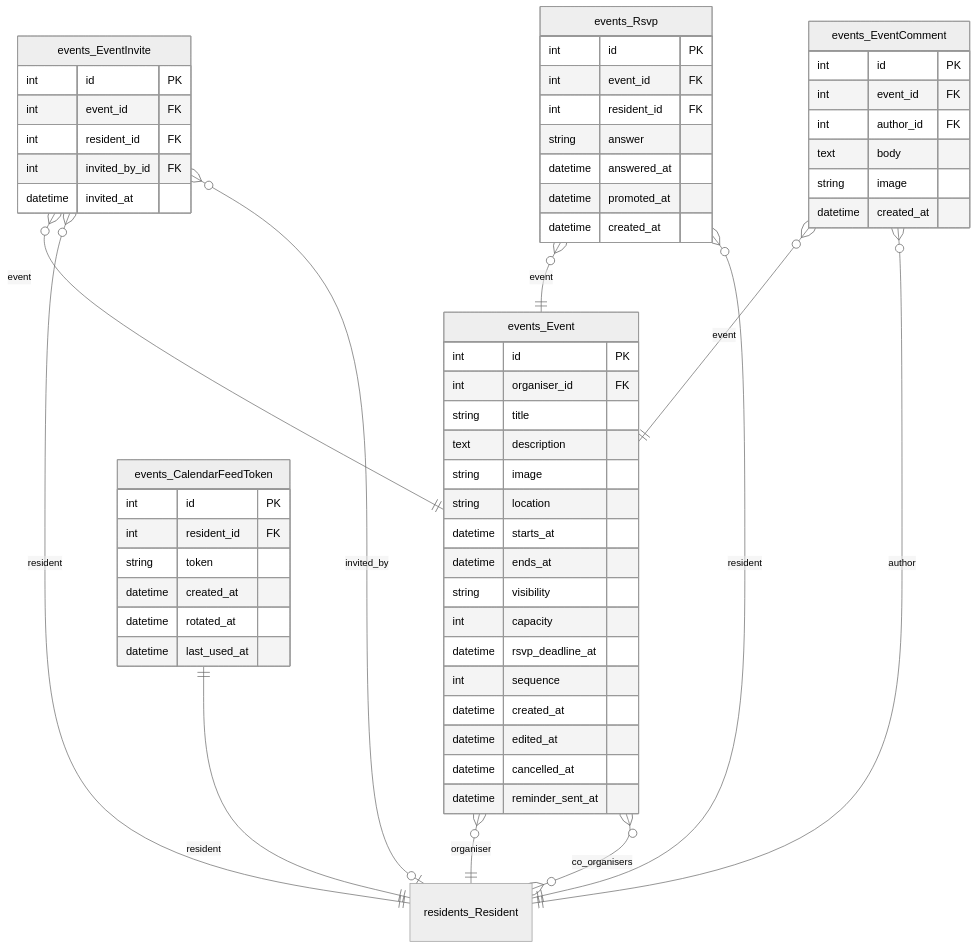
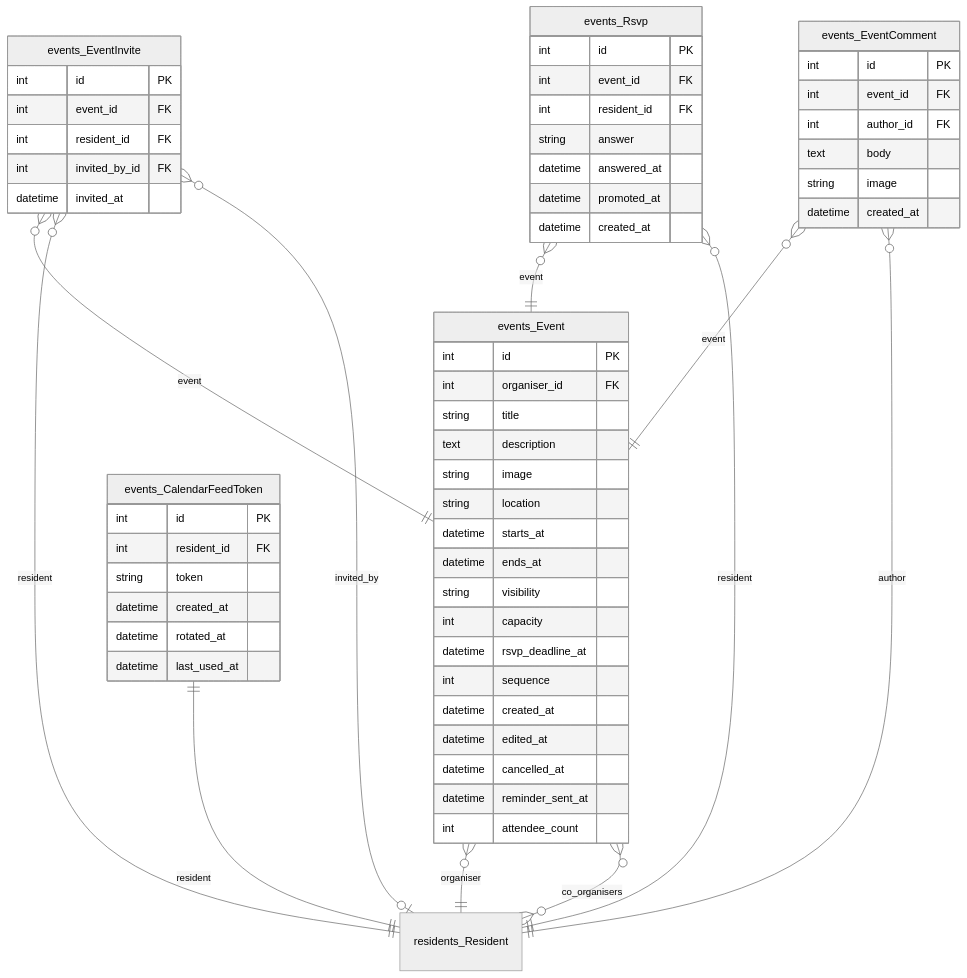
Before and after one commit to GAHK-org/gahk_intern: the eighth of 18 diagrams in docs/erd.md, drawn with Mermaid (neutral theme). The commit also changed other lines of this file and 19 other files, not shown here.

````diff
--- a/docs/erd.md
+++ b/docs/erd.md
@@ -1532,70 +1533,71 @@
 ```mermaid
 erDiagram
     events_Event {
         int id PK
         int organiser_id FK
         string title
         text description
         string image
         string location
         datetime starts_at
         datetime ends_at
         string visibility
         int capacity
         datetime rsvp_deadline_at
         int sequence
         datetime created_at
         datetime edited_at
         datetime cancelled_at
         datetime reminder_sent_at
+        int attendee_count
     }
 
     events_EventInvite {
         int id PK
         int event_id FK
         int resident_id FK
         int invited_by_id FK
         datetime invited_at
     }
 
     events_Rsvp {
         int id PK
         int event_id FK
         int resident_id FK
         string answer
         datetime answered_at
         datetime promoted_at
         datetime created_at
     }
 
     events_EventComment {
         int id PK
         int event_id FK
         int author_id FK
         text body
         string image
         datetime created_at
     }
 
     events_CalendarFeedToken {
         int id PK
         int resident_id FK
         string token
         datetime created_at
         datetime rotated_at
         datetime last_used_at
     }
 
     residents_Resident { }
 
     events_Event }o--|| residents_Resident : "organiser"
     events_Event }o--o{ residents_Resident : "co_organisers"
     events_EventInvite }o--|| events_Event : "event"
     events_EventInvite }o--|| residents_Resident : "resident"
     events_EventInvite }o--|o residents_Resident : "invited_by"
     events_Rsvp }o--|| events_Event : "event"
     events_Rsvp }o--|| residents_Resident : "resident"
     events_EventComment }o--|| events_Event : "event"
     events_EventComment }o--|| residents_Resident : "author"
     events_CalendarFeedToken ||--|| residents_Resident : "resident"
 ```
````
